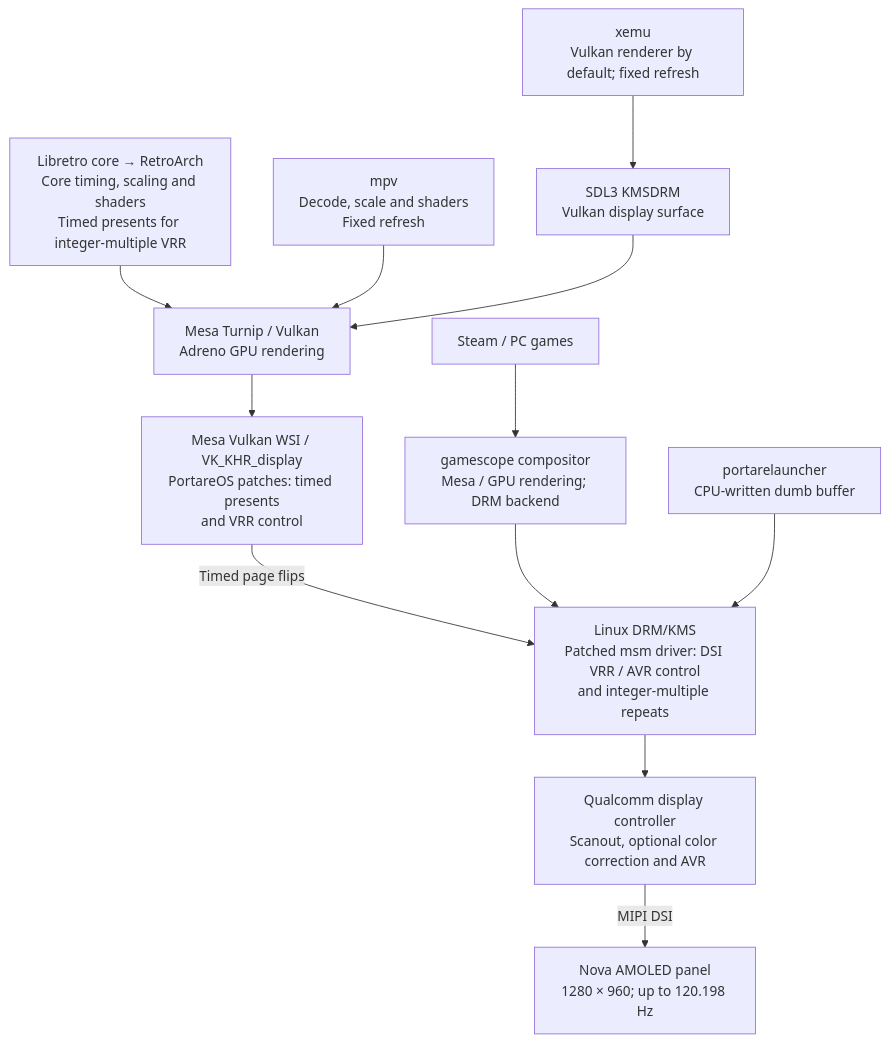
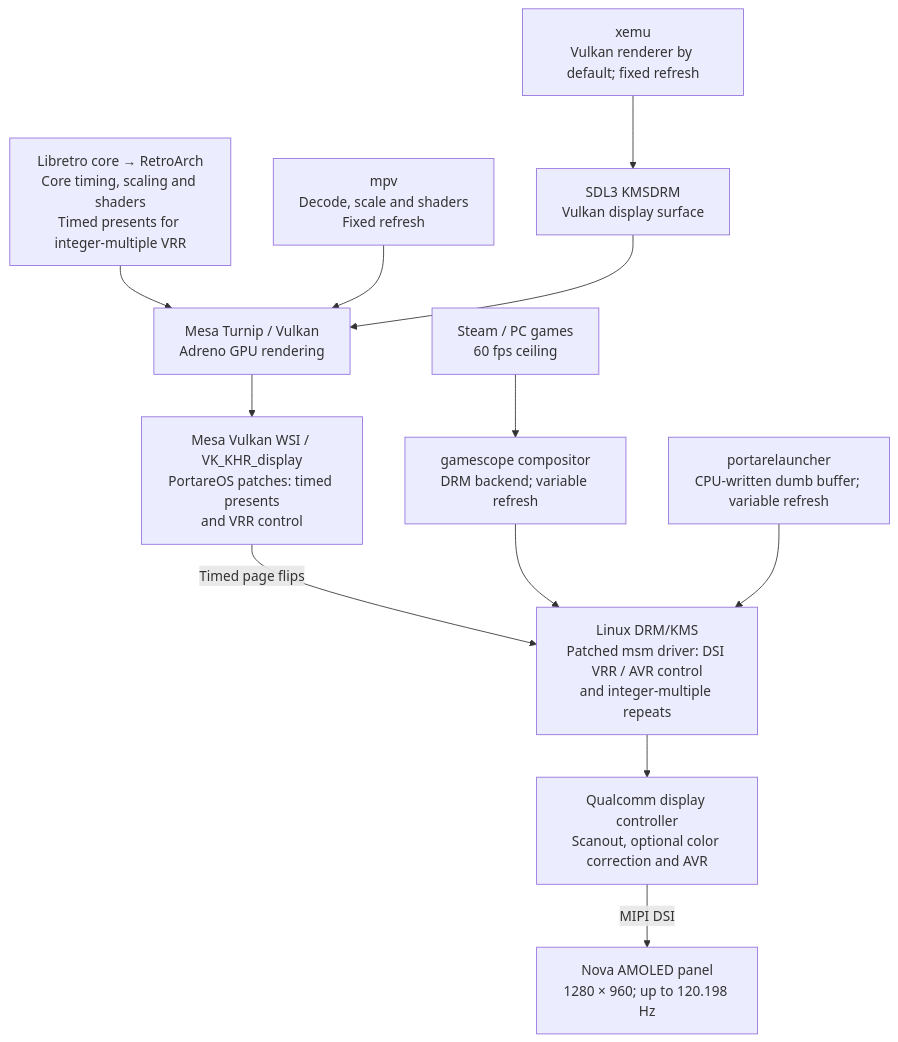
The second of 2 diagrams in README.md (portare-ch/portareos), drawn with Mermaid before and after one commit. The commit also changed other lines of this file and 21 other files, not shown here.

````diff
--- a/README.md
+++ b/README.md
@@ -279,14 +281,14 @@
 ```mermaid
 flowchart TD
     RA["Libretro core → RetroArch<br/>Core timing, scaling and shaders<br/>Timed presents for integer-multiple VRR"] --> VK
     MPV["mpv<br/>Decode, scale and shaders<br/>Fixed refresh"] --> VK
     XEMU["xemu<br/>Vulkan renderer by default; fixed refresh"] --> SDL["SDL3 KMSDRM<br/>Vulkan display surface"]
     SDL --> VK
     VK["Mesa Turnip / Vulkan<br/>Adreno GPU rendering"] --> WSI["Mesa Vulkan WSI / VK_KHR_display<br/>PortareOS patches: timed presents<br/>and VRR control"]
     WSI -->|Timed page flips| KMS
-    STEAM["Steam / PC games"] --> GS["gamescope compositor<br/>Mesa / GPU rendering; DRM backend"]
+    STEAM["Steam / PC games<br/>60 fps ceiling"] --> GS["gamescope compositor<br/>DRM backend; variable refresh"]
     GS --> KMS
-    LAUNCHER["portarelauncher<br/>CPU-written dumb buffer"] --> KMS
+    LAUNCHER["portarelauncher<br/>CPU-written dumb buffer; variable refresh"] --> KMS
     KMS["Linux DRM/KMS<br/>Patched msm driver: DSI VRR / AVR control<br/>and integer-multiple repeats"] --> DPU["Qualcomm display controller<br/>Scanout, optional color correction and AVR"]
     DPU -->|MIPI DSI| PANEL["Nova AMOLED panel<br/>1280 × 960; up to 120.198 Hz"]
 ```
````
